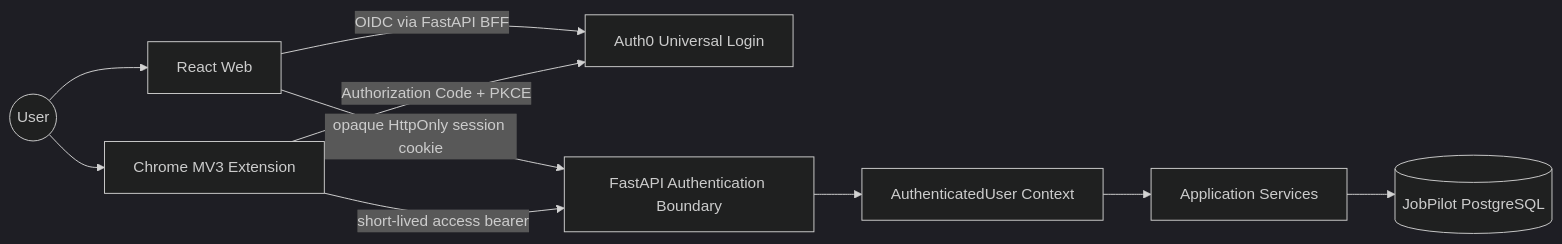
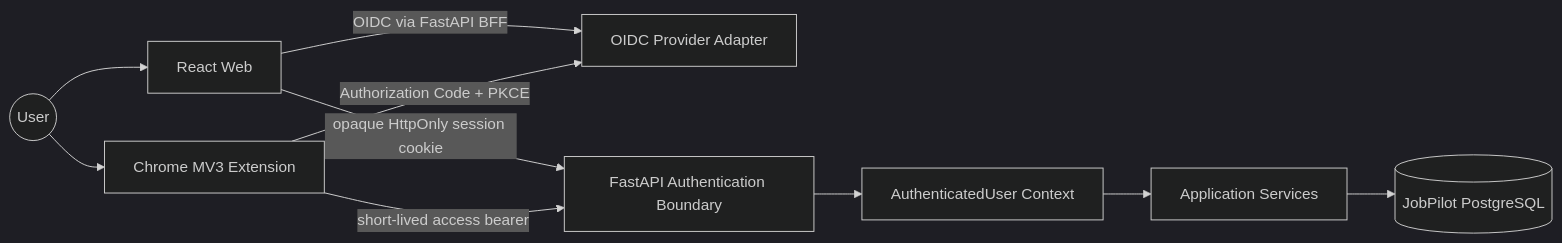
Before and after one commit to xiaoxin12138888-svg/JobPilot: the first of 3 diagrams in docs/AUTH_ARCHITECTURE.md, drawn with Mermaid (dark theme). The commit also changed other lines of this file and 11 other files, not shown here.

````diff
--- a/docs/AUTH_ARCHITECTURE.md
+++ b/docs/AUTH_ARCHITECTURE.md
@@ -19,19 +29,19 @@
 ```mermaid
 flowchart LR
     User((User))
     Web[React Web]
     Extension[Chrome MV3 Extension]
-    IdP[Auth0 Universal Login]
+    IdP[OIDC Provider Adapter]
     Boundary[FastAPI Authentication Boundary]
     Context[AuthenticatedUser Context]
     Services[Application Services]
     DB[(JobPilot PostgreSQL)]
 
     User --> Web
     User --> Extension
     Web -->|OIDC via FastAPI BFF| IdP
     Extension -->|Authorization Code + PKCE| IdP
     Web -->|opaque HttpOnly session cookie| Boundary
     Extension -->|short-lived access bearer| Boundary
     Boundary --> Context --> Services --> DB
 ```
````
